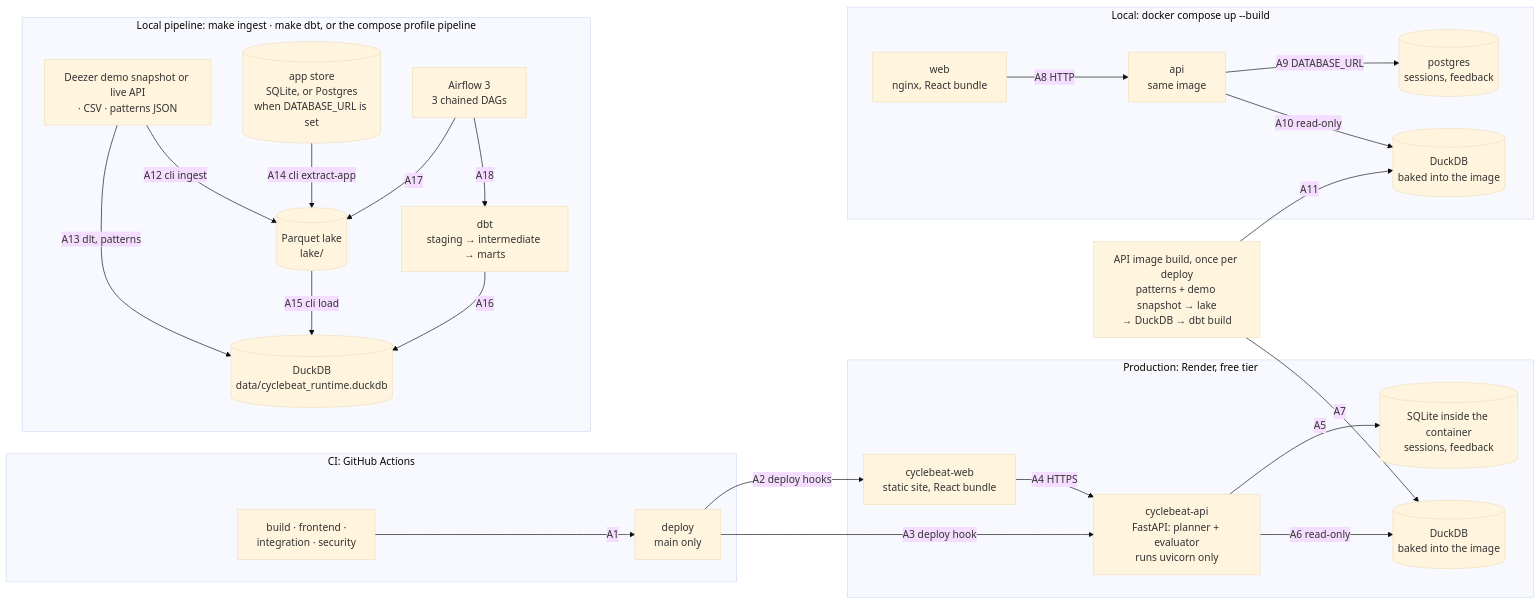
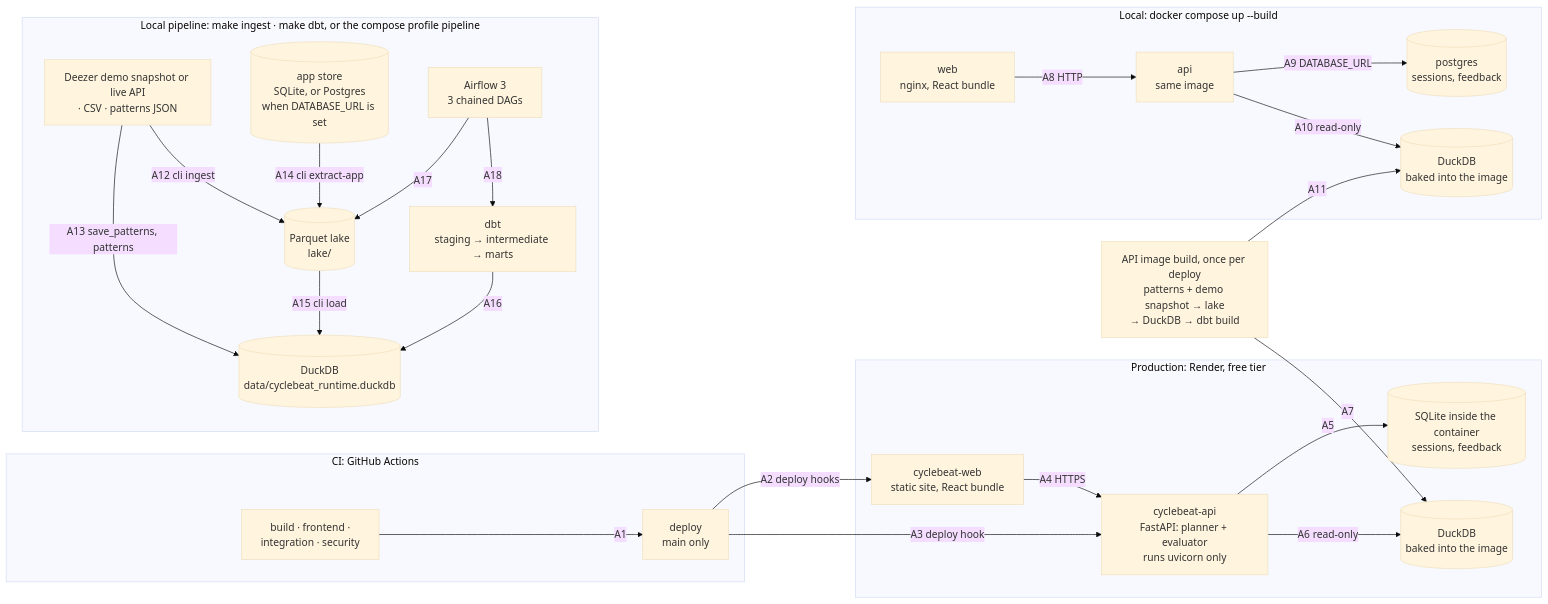
The diagram in README.md (elliepsc/cyclebeat), drawn with Mermaid (base theme) before and after one commit. The commit also changed other lines of this file, not shown here.

Commit message:
docs(readme): arrow A13 is save_patterns; dlt stages in its own file (#65)
The README said dlt loads the patterns into the runtime DuckDB. dlt is given
no path, so it writes <pipeline_name>.duckdb in the working directory (dlt
docs, dlt 0.5.4 locked); save_patterns is what copies the patterns into the
runtime DuckDB. Finding B1 of the cold audit (PR #64).

````diff
--- a/README.md
+++ b/README.md
@@ -54,47 +54,47 @@
 ```mermaid
 flowchart LR
   subgraph CI["CI: GitHub Actions"]
     tests["build · frontend ·<br/>integration · security"]
     deploy["deploy<br/>main only"]
   end
   subgraph PROD["Production: Render, free tier"]
     webp["cyclebeat-web<br/>static site, React bundle"]
     apip["cyclebeat-api<br/>FastAPI: planner + evaluator<br/>runs uvicorn only"]
     sqlitep[("SQLite inside the container<br/>sessions, feedback")]
     duckp[("DuckDB<br/>baked into the image")]
   end
   build["API image build, once per deploy<br/>patterns + demo snapshot → lake<br/>→ DuckDB → dbt build"]
   subgraph COMPOSE["Local: docker compose up --build"]
     webc["web<br/>nginx, React bundle"]
     apic["api<br/>same image"]
     pg[("postgres<br/>sessions, feedback")]
     duckc[("DuckDB<br/>baked into the image")]
   end
   subgraph PIPE["Local pipeline: make ingest · make dbt, or the compose profile pipeline"]
     src["Deezer demo snapshot or live API<br/>· CSV · patterns JSON"]
     store[("app store<br/>SQLite, or Postgres<br/>when DATABASE_URL is set")]
     lake[("Parquet lake<br/>lake/")]
     duckl[("DuckDB<br/>data/cyclebeat_runtime.duckdb")]
     dbt["dbt<br/>staging → intermediate → marts"]
     airflow["Airflow 3<br/>3 chained DAGs"]
   end
 
   tests -->|"A1"| deploy
   deploy -->|"A2 deploy hooks"| webp
   deploy -->|"A3 deploy hook"| apip
   webp -->|"A4 HTTPS"| apip
   apip -->|"A5"| sqlitep
   apip -->|"A6 read-only"| duckp
   build -->|"A7"| duckp
   webc -->|"A8 HTTP"| apic
   apic -->|"A9 DATABASE_URL"| pg
   apic -->|"A10 read-only"| duckc
   build -->|"A11"| duckc
   src -->|"A12 cli ingest"| lake
-  src -->|"A13 dlt, patterns"| duckl
+  src -->|"A13 save_patterns, patterns"| duckl
   store -->|"A14 cli extract-app"| lake
   lake -->|"A15 cli load"| duckl
   dbt -->|"A16"| duckl
   airflow -->|"A17"| lake
   airflow -->|"A18"| dbt
 ```
````
